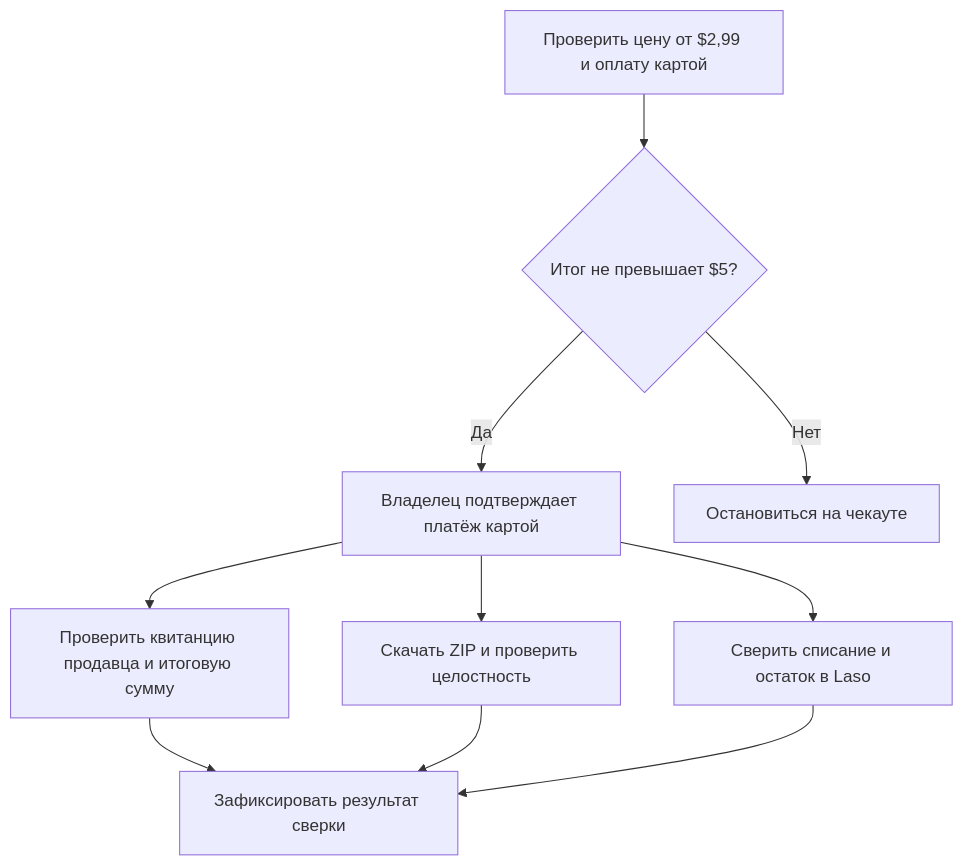
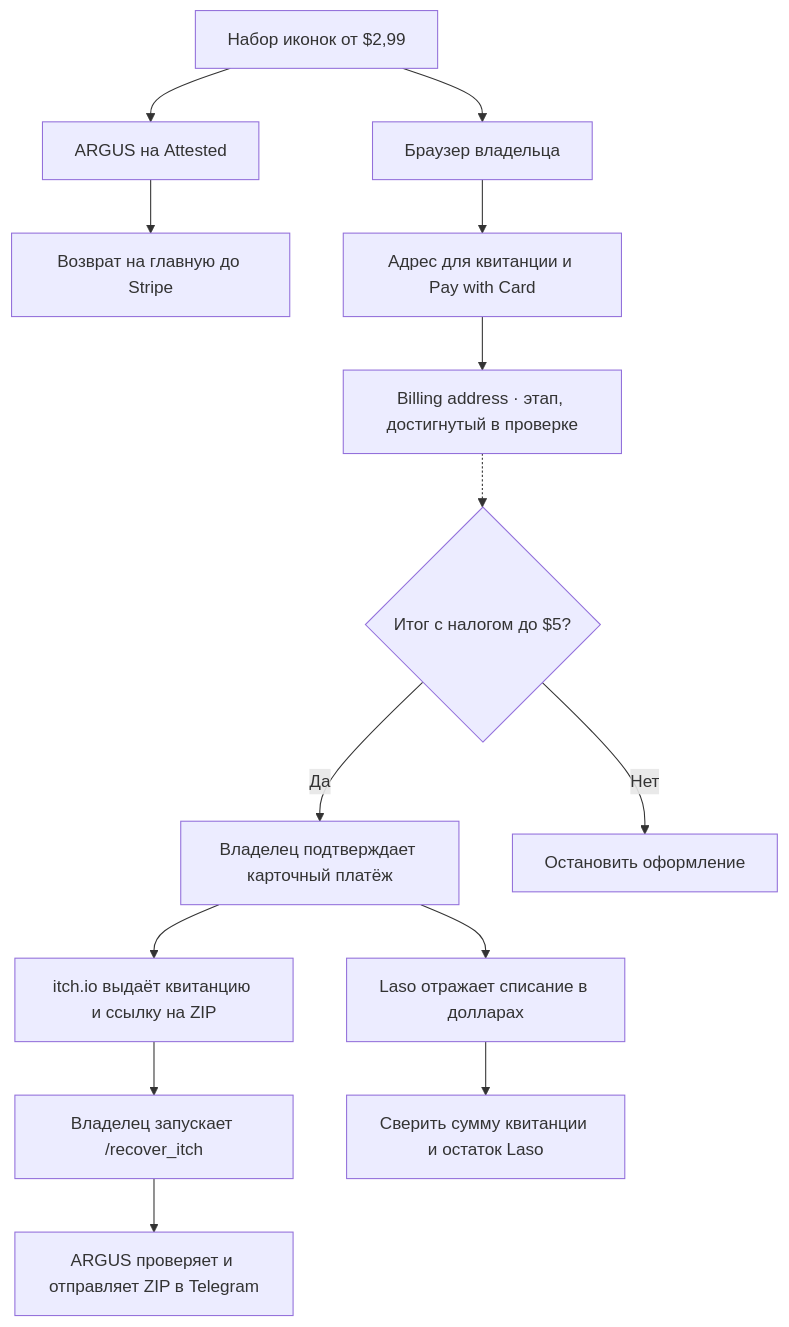
One commit to alexar76/argus changed the second of 2 diagrams in docs/use-case-laso-prepaid-card-ru.md. Above: the diagram before and after it, drawn with Mermaid. The commit also changed other lines of this file and 19 other files, not shown here.

````diff
--- a/docs/use-case-laso-prepaid-card-ru.md
+++ b/docs/use-case-laso-prepaid-card-ru.md
@@ -43,12 +45,16 @@
 ```mermaid
 flowchart TD
-    Q["Проверить цену от $2,99 и оплату картой"] --> A{"Итог не превышает $5?"}
-    A -->|Да| P["Владелец подтверждает платёж картой"]
-    A -->|Нет| S["Остановиться на чекауте"]
-    P --> R["Проверить квитанцию продавца и итоговую сумму"]
-    P --> Z["Скачать ZIP и проверить целостность"]
-    P --> C["Сверить списание и остаток в Laso"]
-    R --> V["Зафиксировать результат сверки"]
-    Z --> V
-    C --> V
+    Q["Набор иконок от $2,99"] --> A["ARGUS на Attested"]
+    Q --> B["Браузер владельца"]
+    A --> H["Возврат на главную до Stripe"]
+    B --> E["Адрес для квитанции и Pay with Card"]
+    E --> F["Billing address · этап, достигнутый в проверке"]
+    F -.-> G{"Итог с налогом до $5?"}
+    G -->|Да| P["Владелец подтверждает карточный платёж"]
+    G -->|Нет| S["Остановить оформление"]
+    P --> R["itch.io выдаёт квитанцию и ссылку на ZIP"]
+    P --> C["Laso отражает списание в долларах"]
+    R --> T["Владелец запускает /recover_itch"]
+    T --> Z["ARGUS проверяет и отправляет ZIP в Telegram"]
+    C --> V["Сверить сумму квитанции и остаток Laso"]
 ```
````
